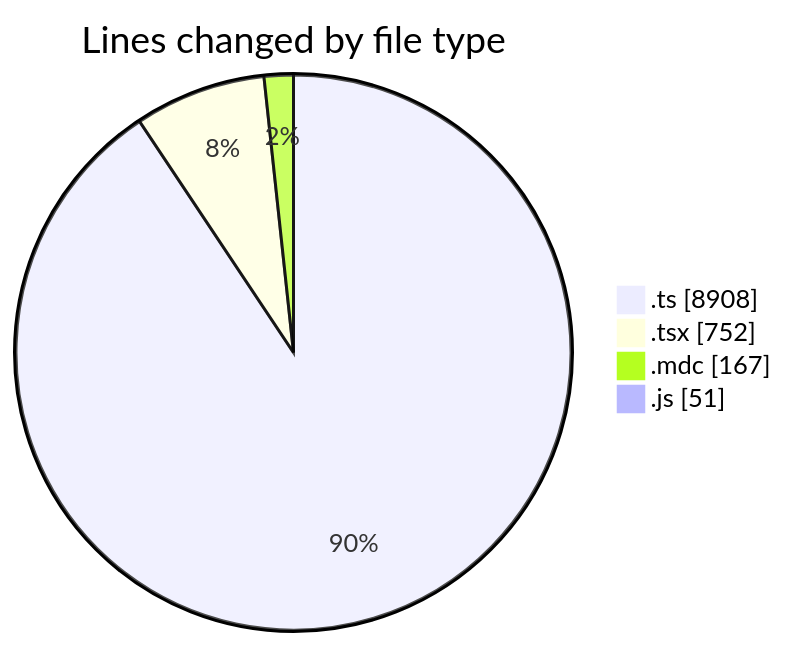
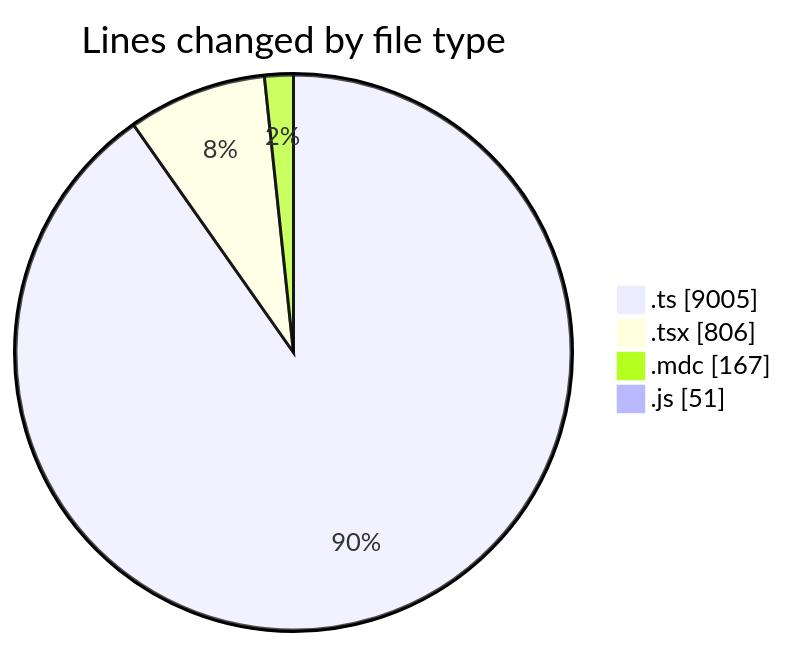
Before and after one commit to CELIANVF/code-tracking: the first of 2 diagrams in 2025-06-06/ecodeli-1/README.md, drawn with Mermaid. The commit also changed other lines of this file and 1 other file, not shown here.

````diff
--- a/2025-06-06/ecodeli-1/README.md
+++ b/2025-06-06/ecodeli-1/README.md
@@ -45,8 +46,8 @@
 ```mermaid
 pie showData
 title Lines changed by file type
-".ts" : 8908
-".tsx" : 752
+".ts" : 9005
+".tsx" : 806
 ".mdc" : 167
 ".js" : 51
 ```
````
